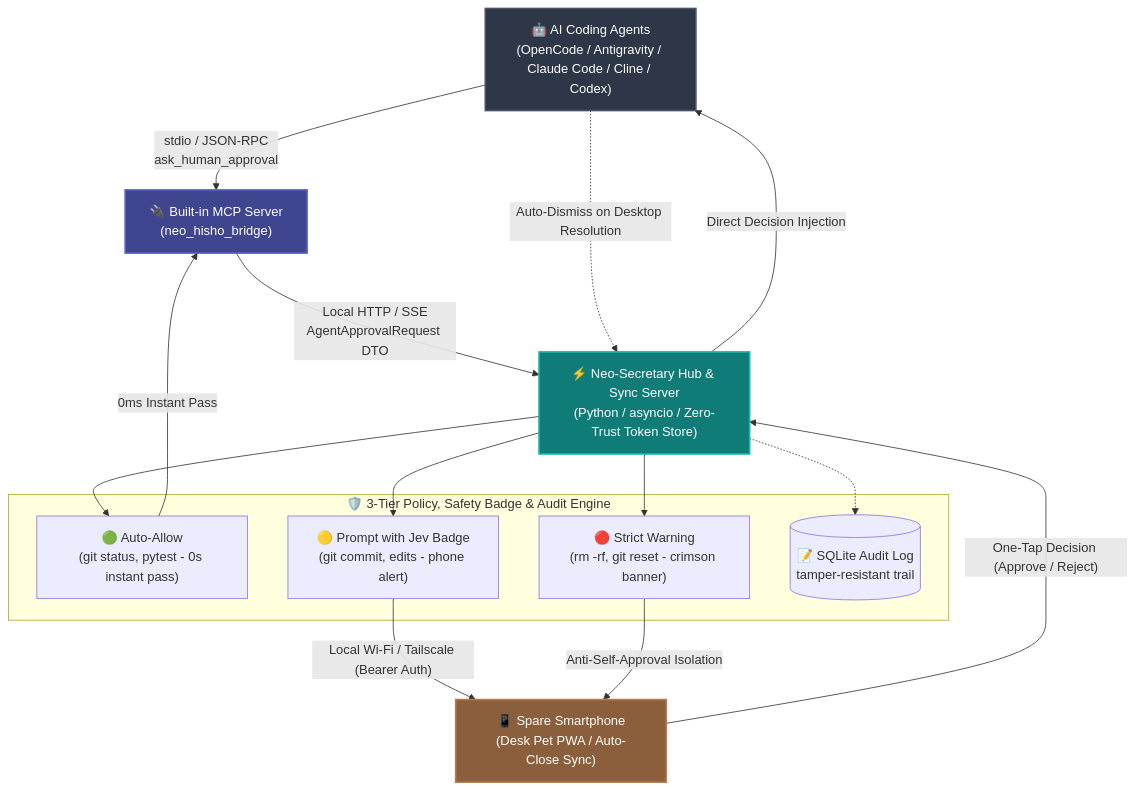
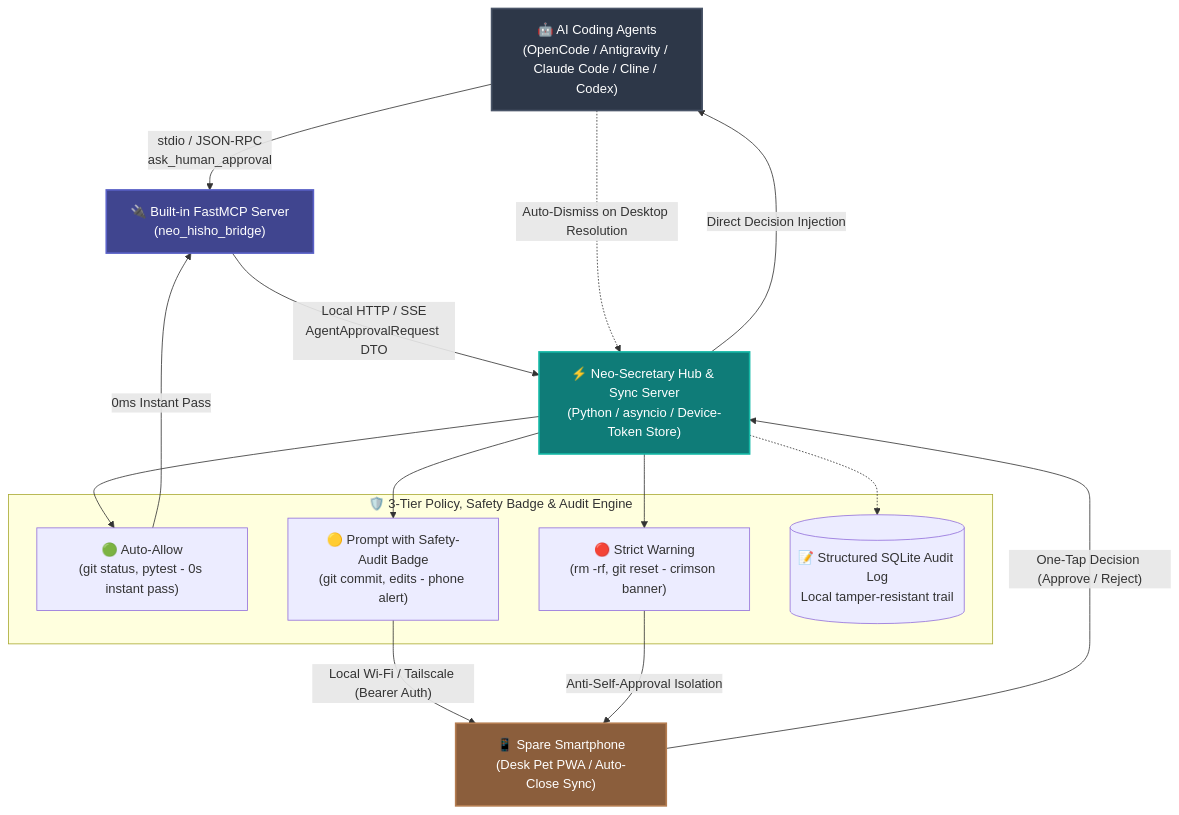
The diagram in README.md (Siitake-man/hisho-kun), drawn with Mermaid before and after one commit. The commit also changed other lines of this file and 6 other files, not shown here.

````diff
--- a/README.md
+++ b/README.md
@@ -82,35 +93,35 @@
 ```mermaid
 graph TD
     classDef agent fill:#2d3748,stroke:#4a5568,stroke-width:2px,color:#fff;
     classDef bridge fill:#40458f,stroke:#5a61c7,stroke-width:2px,color:#fff;
     classDef server fill:#0f7c78,stroke:#14b8a6,stroke-width:2px,color:#fff;
     classDef phone fill:#8b5e3c,stroke:#b47c50,stroke-width:2px,color:#fff;
 
     Agents["🤖 AI Coding Agents<br/>(OpenCode / Antigravity / Claude Code / Cline / Codex)"]:::agent
-    MCP["🔌 Built-in MCP Server<br/>(neo_hisho_bridge)"]:::bridge
-    Server["⚡ Neo-Secretary Hub & Sync Server<br/>(Python / asyncio / Zero-Trust Token Store)"]:::server
+    MCP["🔌 Built-in FastMCP Server<br/>(neo_hisho_bridge)"]:::bridge
+    Server["⚡ Neo-Secretary Hub & Sync Server<br/>(Python / asyncio / Device-Token Store)"]:::server
     PWA["📱 Spare Smartphone<br/>(Desk Pet PWA / Auto-Close Sync)"]:::phone
 
     Agents -->|"stdio / JSON-RPC<br/>ask_human_approval"| MCP
     MCP -->|"Local HTTP / SSE<br/>AgentApprovalRequest DTO"| Server
 
     subgraph DefenseEngine ["🛡️ 3-Tier Policy, Safety Badge & Audit Engine"]
         Auto["🟢 Auto-Allow<br/>(git status, pytest - 0s instant pass)"]
-        Prompt["🟡 Prompt with Jev Badge<br/>(git commit, edits - phone alert)"]
+        Prompt["🟡 Prompt with Safety-Audit Badge<br/>(git commit, edits - phone alert)"]
         Strict["🔴 Strict Warning<br/>(rm -rf, git reset - crimson banner)"]
-        Audit[("📝 SQLite Audit Log<br/>tamper-resistant trail")]
+        Audit[("📝 Structured SQLite Audit Log<br/>Local tamper-resistant trail")]
     end
 
     Server --> Auto
     Server --> Prompt
     Server --> Strict
     Server -.-> Audit
 
     Auto -->|"0ms Instant Pass"| MCP
     Prompt -->|"Local Wi-Fi / Tailscale (Bearer Auth)"| PWA
     Strict -->|"Anti-Self-Approval Isolation"| PWA
 
     PWA -->|"One-Tap Decision (Approve / Reject)"| Server
     Server -->|"Direct Decision Injection"| Agents
     Agents -.->|"Auto-Dismiss on Desktop Resolution"| Server
 ```
````
